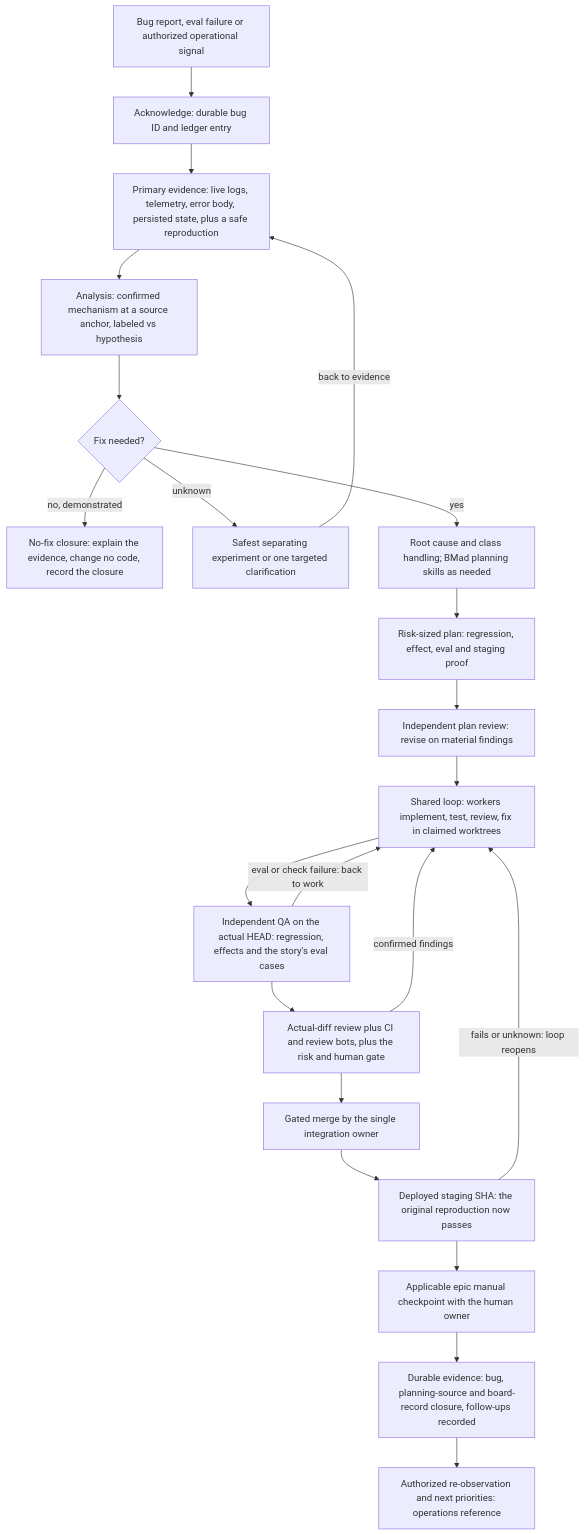
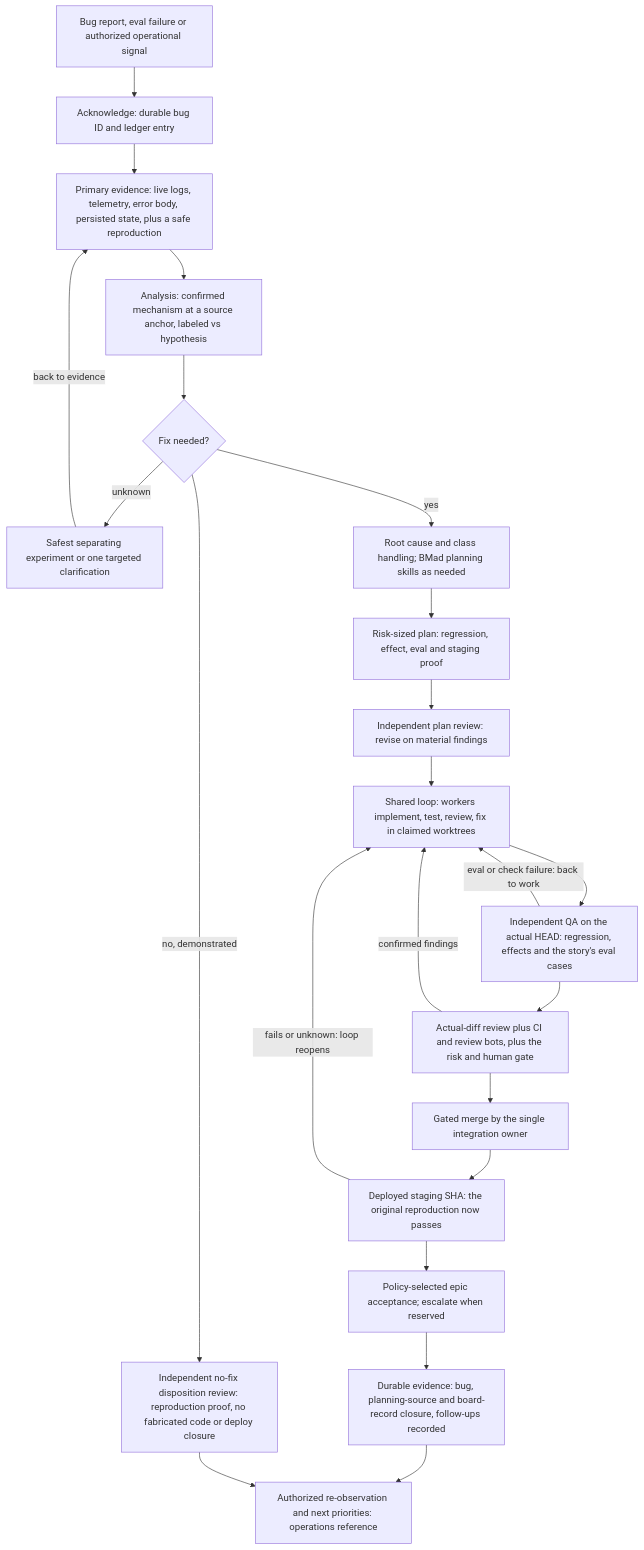
Before and after one commit to sbeeredd04/software-factory: the diagram in skills/software-factory/workflows/bug.md, drawn with Mermaid. The commit also changed other lines of this file and 27 other files, not shown here.

````diff
--- a/skills/software-factory/workflows/bug.md
+++ b/skills/software-factory/workflows/bug.md
@@ -6,24 +6,25 @@
 ```mermaid
 flowchart TD
   X[Bug report, eval failure or authorized operational signal] --> A[Acknowledge: durable bug ID and ledger entry]
   A --> E[Primary evidence: live logs, telemetry, error body, persisted state, plus a safe reproduction]
   E --> R[Analysis: confirmed mechanism at a source anchor, labeled vs hypothesis]
   R --> D{Fix needed?}
-  D -->|no, demonstrated| Z[No-fix closure: explain the evidence, change no code, record the closure]
+  D -->|no, demonstrated| Z[Independent no-fix disposition review: reproduction proof, no fabricated code or deploy closure]
   D -->|unknown| U[Safest separating experiment or one targeted clarification]
   U -->|back to evidence| E
   D -->|yes| B[Root cause and class handling; BMad planning skills as needed]
   B --> P[Risk-sized plan: regression, effect, eval and staging proof]
   P --> PR[Independent plan review: revise on material findings]
   PR --> O[Shared loop: workers implement, test, review, fix in claimed worktrees]
   O --> V[Independent QA on the actual HEAD: regression, effects and the story's eval cases]
   V -->|eval or check failure: back to work| O
   V --> C[Actual-diff review plus CI and review bots, plus the risk and human gate]
   C -->|confirmed findings| O
   C --> M[Gated merge by the single integration owner]
   M --> S[Deployed staging SHA: the original reproduction now passes]
   S -->|fails or unknown: loop reopens| O
-  S --> H[Applicable epic manual checkpoint with the human owner]
+  S --> H[Policy-selected epic acceptance; escalate when reserved]
   H --> K[Durable evidence: bug, planning-source and board-record closure, follow-ups recorded]
   K --> OP[Authorized re-observation and next priorities: operations reference]
+  Z --> OP
 ```
````
